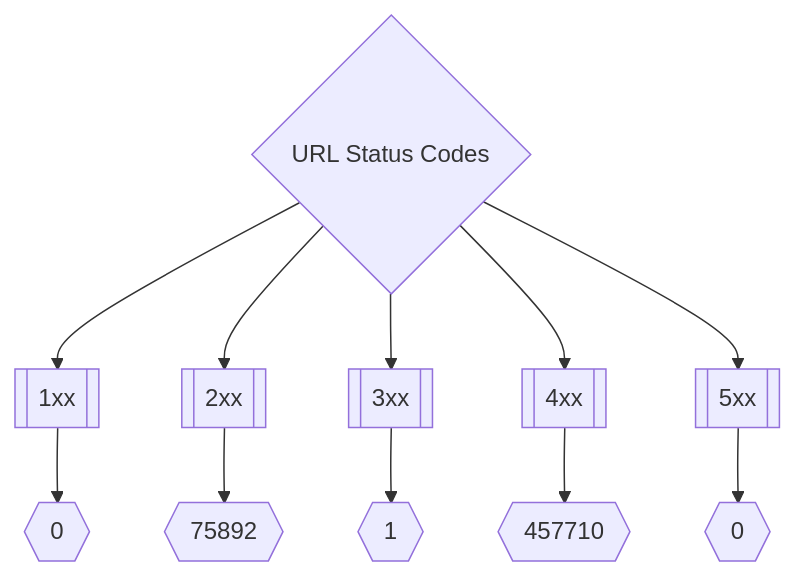
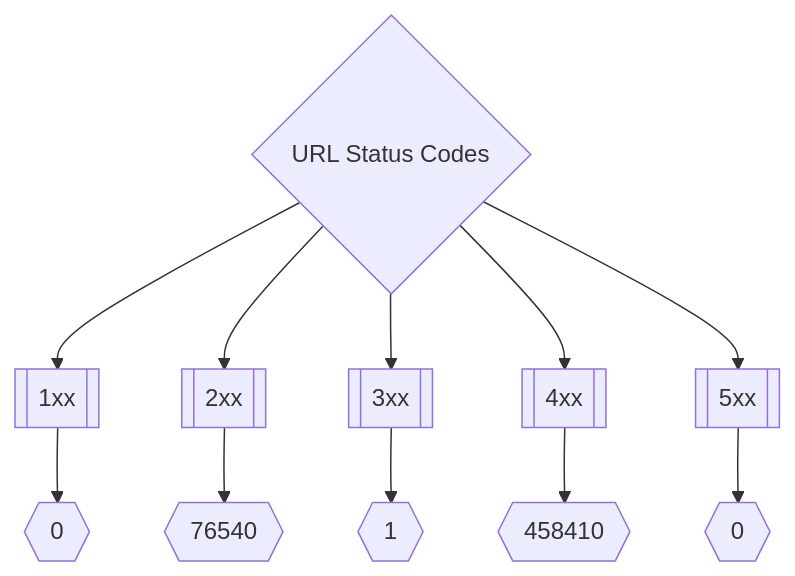
The second of 3 diagrams in README.md (trickest/inventory), drawn with Mermaid before and after one commit. The commit also changed other lines of this file, not shown here.

Commit message:
Update README.md Mon May 23 14:23:10 UTC 2022

````diff
--- a/README.md
+++ b/README.md
@@ -173,8 +173,8 @@
 ```mermaid
 graph TD
 title{URL Status Codes} --> 1xx[[1xx]] --> status1xxNum{{0}}
-title --> 2xx[[2xx]] --> status2xxNum{{75892}}
+title --> 2xx[[2xx]] --> status2xxNum{{76540}}
 title --> 3xx[[3xx]] --> status3xxNum{{1}}
-title --> 4xx[[4xx]] --> status4xxNum{{457710}}
+title --> 4xx[[4xx]] --> status4xxNum{{458410}}
 title --> 5xx[[5xx]] --> status5xxNum{{0}}
 ```
````
